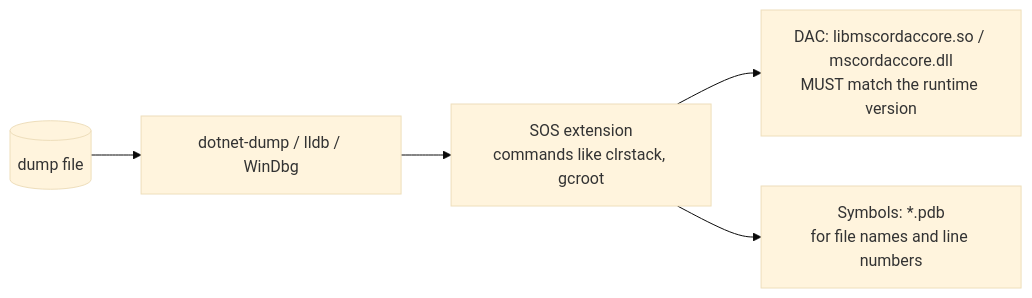
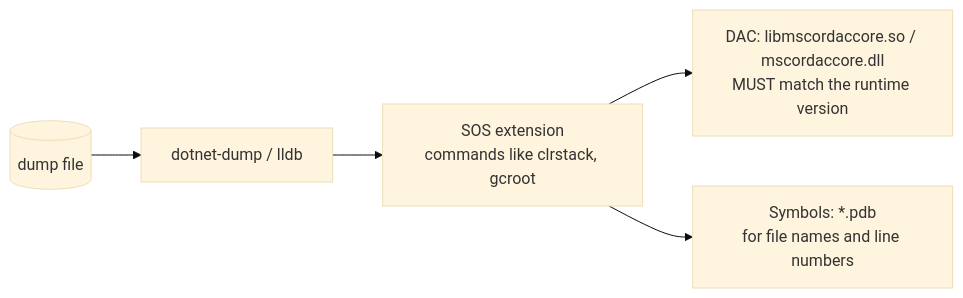
The second of 2 diagrams in docs/01-dump-fundamentals.md (haison8x/net-dump-tutorials), drawn with Mermaid (base theme) before and after one commit. The commit also changed 17 other files, not shown here.

First line of the commit message:
Remove WinDbg/Visual Studio and Kubernetes steps

````diff
--- a/docs/01-dump-fundamentals.md
+++ b/docs/01-dump-fundamentals.md
@@ -101,7 +101,7 @@
 ```mermaid
 flowchart LR
-    Dump[(dump file)] --> Tool[dotnet-dump / lldb / WinDbg]
+    Dump[(dump file)] --> Tool[dotnet-dump / lldb]
     Tool --> SOS[SOS extension<br/>commands like clrstack, gcroot]
     SOS --> DAC[DAC: libmscordaccore.so / mscordaccore.dll<br/>MUST match the runtime version]
     SOS --> PDB[Symbols: *.pdb<br/>for file names and line numbers]
 ```
````
